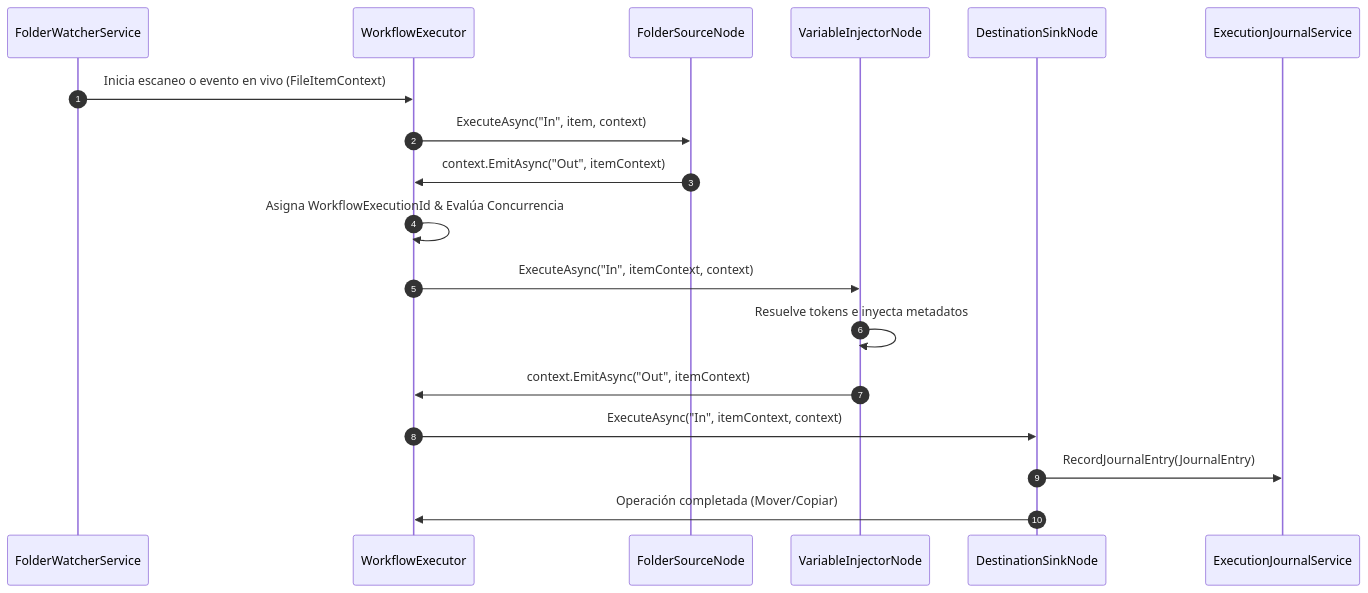
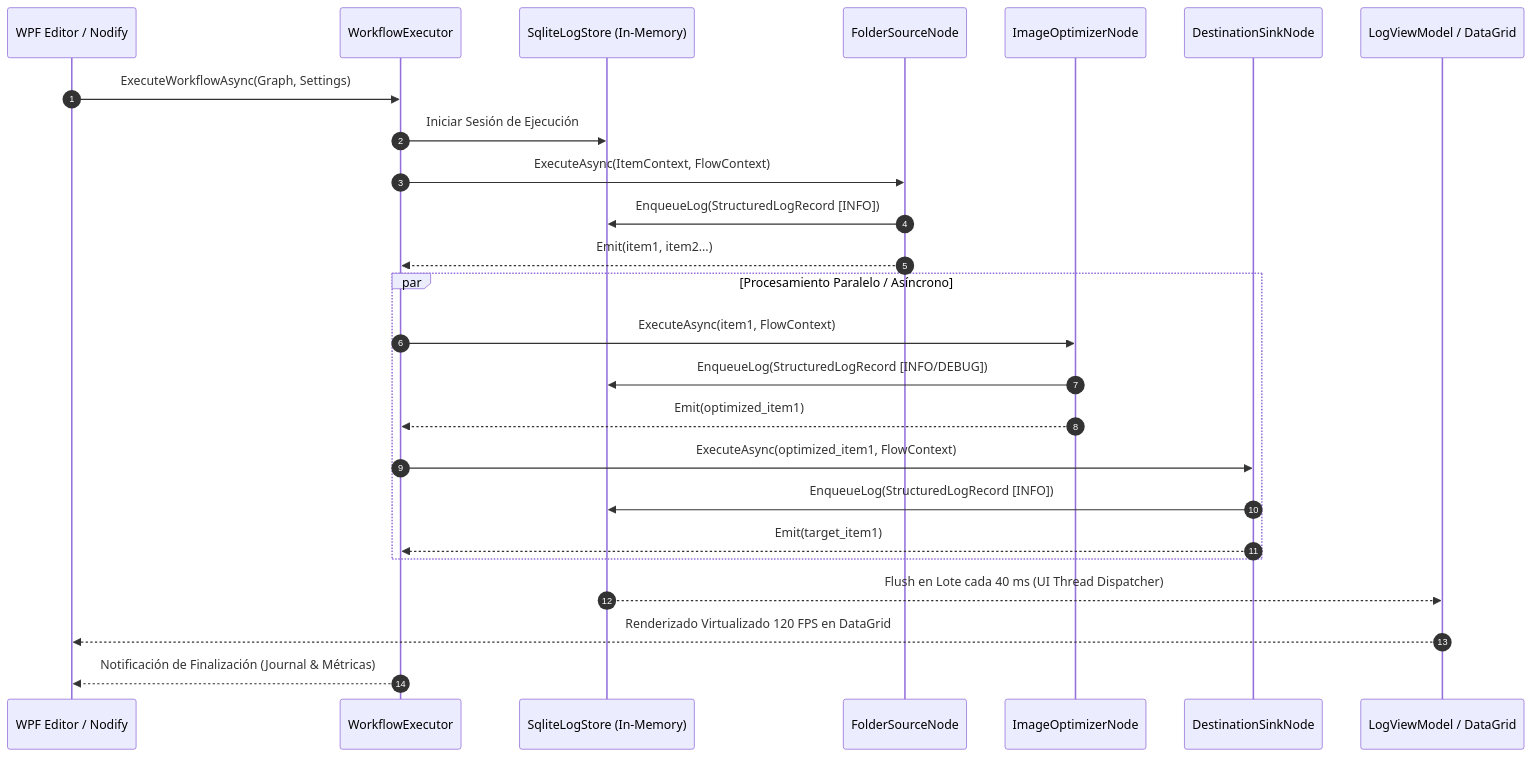
One commit to kaoticos53/ArchiveProceser changed the second of 2 diagrams in docs/architecture.md. Above: the diagram before and after it, drawn with Mermaid. The commit also changed other lines of this file and 63 other files, not shown here.

````diff
--- a/docs/architecture.md
+++ b/docs/architecture.md
@@ -72,21 +78,30 @@
 ```mermaid
 sequenceDiagram
     autonumber
-    participant Watcher as FolderWatcherService
+    participant UI as WPF Editor / Nodify
     participant Exec as WorkflowExecutor
+    participant Telemetry as SqliteLogStore (In-Memory)
     participant NodeA as FolderSourceNode
-    participant NodeB as VariableInjectorNode
+    participant NodeB as ImageOptimizerNode
     participant NodeC as DestinationSinkNode
-    participant Journal as ExecutionJournalService
+    participant LogView as LogViewModel / DataGrid
 
-    Watcher->>Exec: Inicia escaneo o evento en vivo (FileItemContext)
-    Exec->>NodeA: ExecuteAsync("In", item, context)
-    NodeA->>Exec: context.EmitAsync("Out", itemContext)
-    Exec->>Exec: Asigna WorkflowExecutionId & Evalúa Concurrencia
-    Exec->>NodeB: ExecuteAsync("In", itemContext, context)
-    NodeB->>NodeB: Resuelve tokens e inyecta metadatos
-    NodeB->>Exec: context.EmitAsync("Out", itemContext)
-    Exec->>NodeC: ExecuteAsync("In", itemContext, context)
-    NodeC->>Journal: RecordJournalEntry(JournalEntry)
-    NodeC->>Exec: Operación completada (Mover/Copiar)
+    UI->>Exec: ExecuteWorkflowAsync(Graph, Settings)
+    Exec->>Telemetry: Iniciar Sesión de Ejecución
+    Exec->>NodeA: ExecuteAsync(ItemContext, FlowContext)
+    NodeA->>Telemetry: EnqueueLog(StructuredLogRecord [INFO])
+    NodeA-->>Exec: Emit(item1, item2...)
+    
+    par Procesamiento Paralelo / Asíncrono
+        Exec->>NodeB: ExecuteAsync(item1, FlowContext)
+        NodeB->>Telemetry: EnqueueLog(StructuredLogRecord [INFO/DEBUG])
+        NodeB-->>Exec: Emit(optimized_item1)
+        Exec->>NodeC: ExecuteAsync(optimized_item1, FlowContext)
+        NodeC->>Telemetry: EnqueueLog(StructuredLogRecord [INFO])
+        NodeC-->>Exec: Emit(target_item1)
+    end
+
+    Telemetry-->>LogView: Flush en Lote cada 40 ms (UI Thread Dispatcher)
+    LogView-->>UI: Renderizado Virtualizado 120 FPS en DataGrid
+    Exec-->>UI: Notificación de Finalización (Journal & Métricas)
 ```
````
